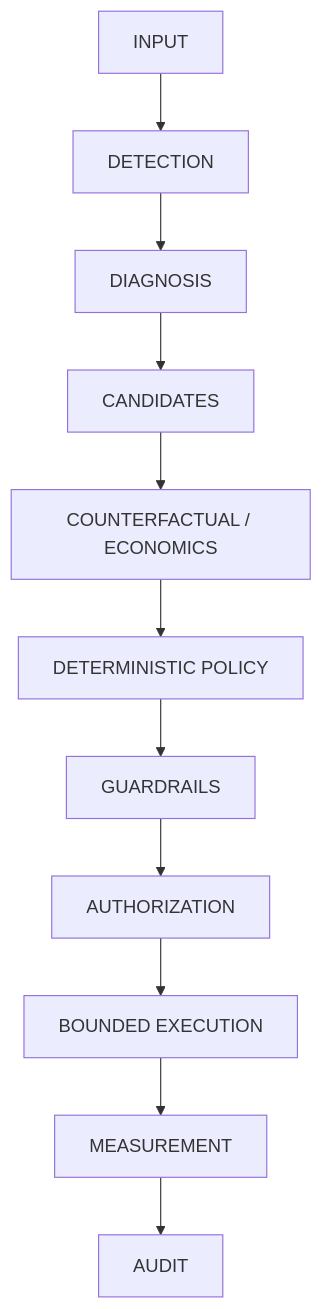
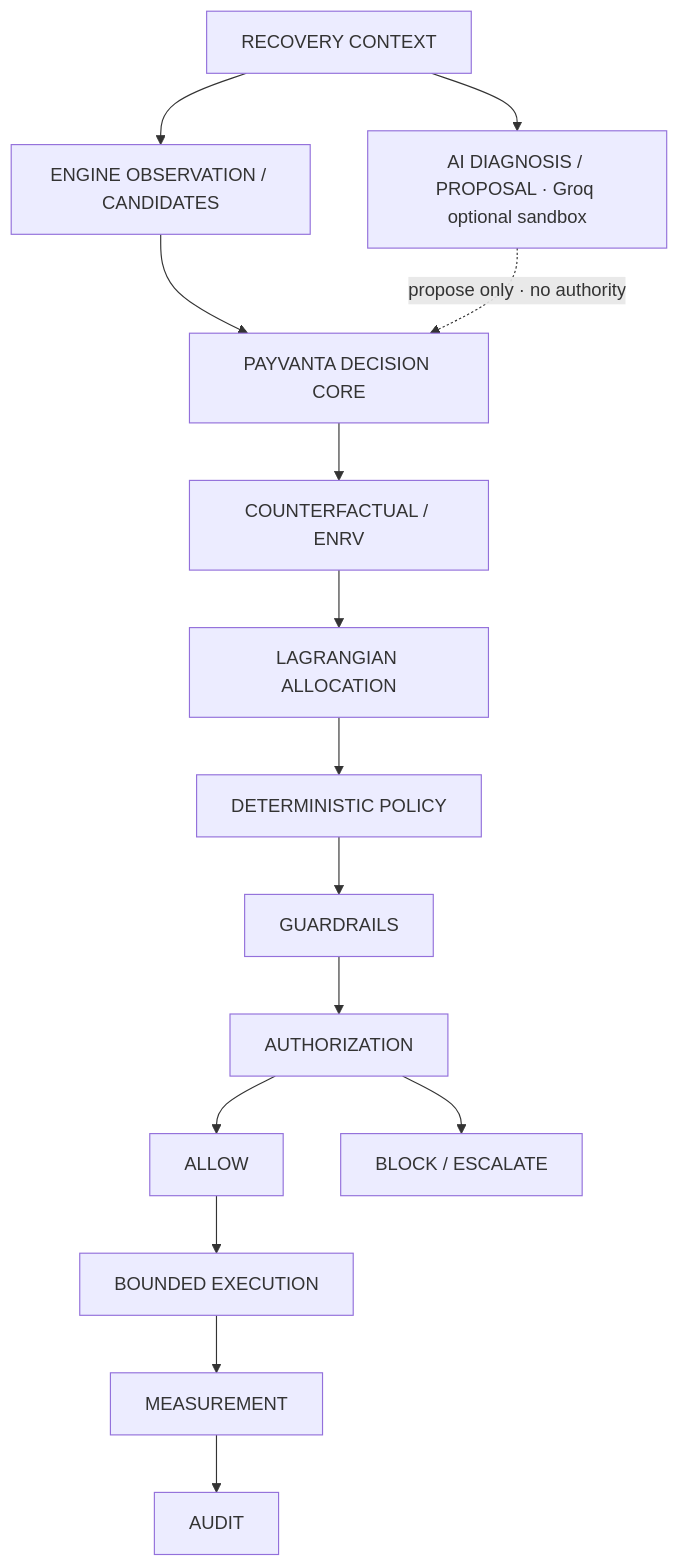
One commit to shriansh1625/razorpay_buildathon changed the diagram in README.md. Above: the diagram before and after it, drawn with Mermaid. The commit also changed other lines of this file and 24 other files, not shown here.

````diff
--- a/README.md
+++ b/README.md
@@ -233,13 +266,18 @@
 ```mermaid
 flowchart TD
-  IN[INPUT] --> DET[DETECTION]
-  DET --> DIAG[DIAGNOSIS]
-  DIAG --> CAND[CANDIDATES]
-  CAND --> CF[COUNTERFACTUAL / ECONOMICS]
-  CF --> POL[DETERMINISTIC POLICY]
+  CTX[RECOVERY CONTEXT]
+  CTX --> ENG[ENGINE OBSERVATION / CANDIDATES]
+  CTX --> AI[AI DIAGNOSIS / PROPOSAL · Groq optional sandbox]
+  ENG --> CORE[PAYVANTA DECISION CORE]
+  AI -.->|propose only · no authority| CORE
+  CORE --> CF[COUNTERFACTUAL / ENRV]
+  CF --> ALLOC[LAGRANGIAN ALLOCATION]
+  ALLOC --> POL[DETERMINISTIC POLICY]
   POL --> GRD[GUARDRAILS]
   GRD --> AUTH[AUTHORIZATION]
-  AUTH --> EX[BOUNDED EXECUTION]
+  AUTH --> ALLOW[ALLOW]
+  AUTH --> BLOCK[BLOCK / ESCALATE]
+  ALLOW --> EX[BOUNDED EXECUTION]
   EX --> MEAS[MEASUREMENT]
   MEAS --> AUD[AUDIT]
 ```
````
